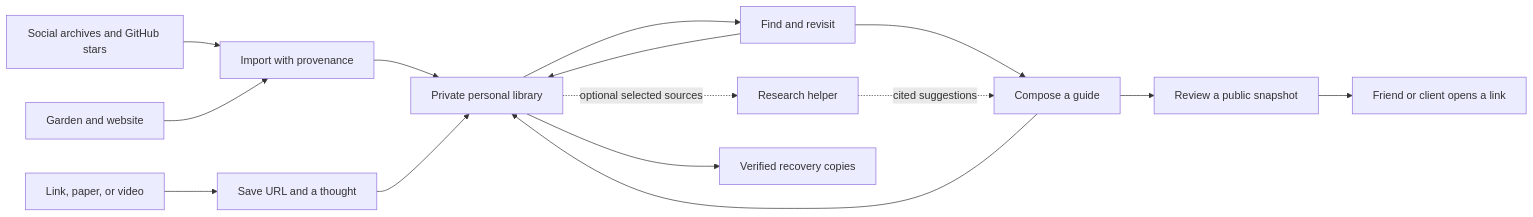
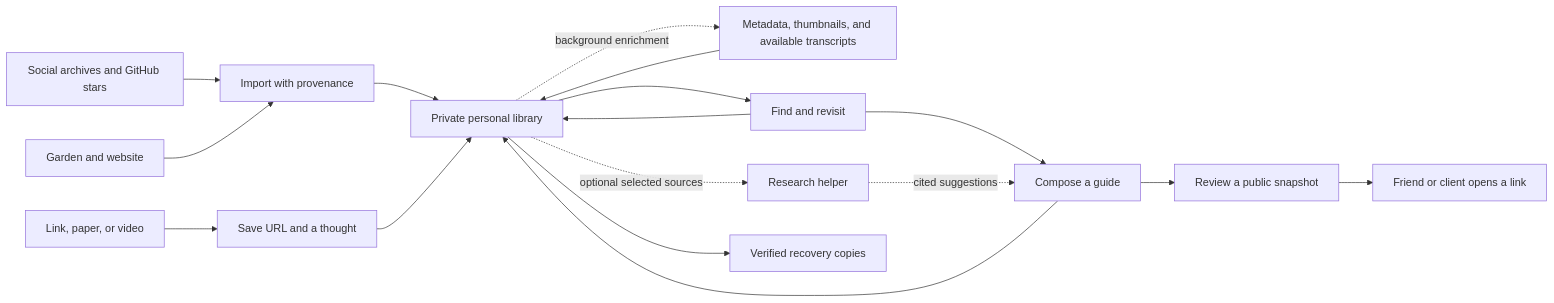
The first of 4 diagrams in docs/explorations/0466_[_]_PERSONAL_LIBRARY_FOR_LEARNING_AND_SHARING.md (crs48/xNet), drawn with Mermaid before and after one commit. The commit also changed other lines of this file, not shown here.

First line of the commit message:
docs(exploration): require complete library enrichment

````diff
--- a/docs/explorations/0466_[_]_PERSONAL_LIBRARY_FOR_LEARNING_AND_SHARING.md
+++ b/docs/explorations/0466_[_]_PERSONAL_LIBRARY_FOR_LEARNING_AND_SHARING.md
@@ -40,17 +41,19 @@
 ```mermaid
 flowchart LR
     Archives[Social archives and GitHub stars] --> Import[Import with provenance]
     Garden[Garden and website] --> Import
     Import --> Library
+    Library -. background enrichment .-> Enrich[Metadata, thumbnails, and available transcripts]
+    Enrich --> Library
     Source[Link, paper, or video] --> Capture[Save URL and a thought]
     Capture --> Library[Private personal library]
     Library --> Find[Find and revisit]
     Find --> Draft[Compose a guide]
     Draft --> Preview[Review a public snapshot]
     Preview --> Reader[Friend or client opens a link]
     Find --> Library
     Draft --> Library
     Library -. optional selected sources .-> Helper[Research helper]
     Helper -. cited suggestions .-> Draft
     Library --> Recovery[Verified recovery copies]
 ```
````
